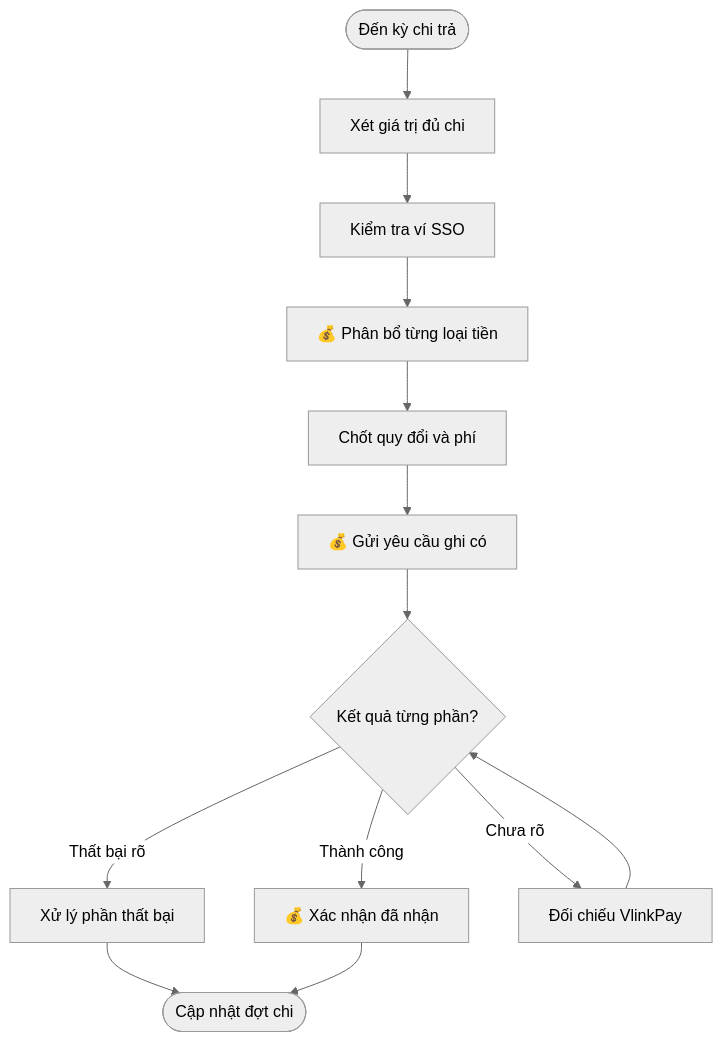
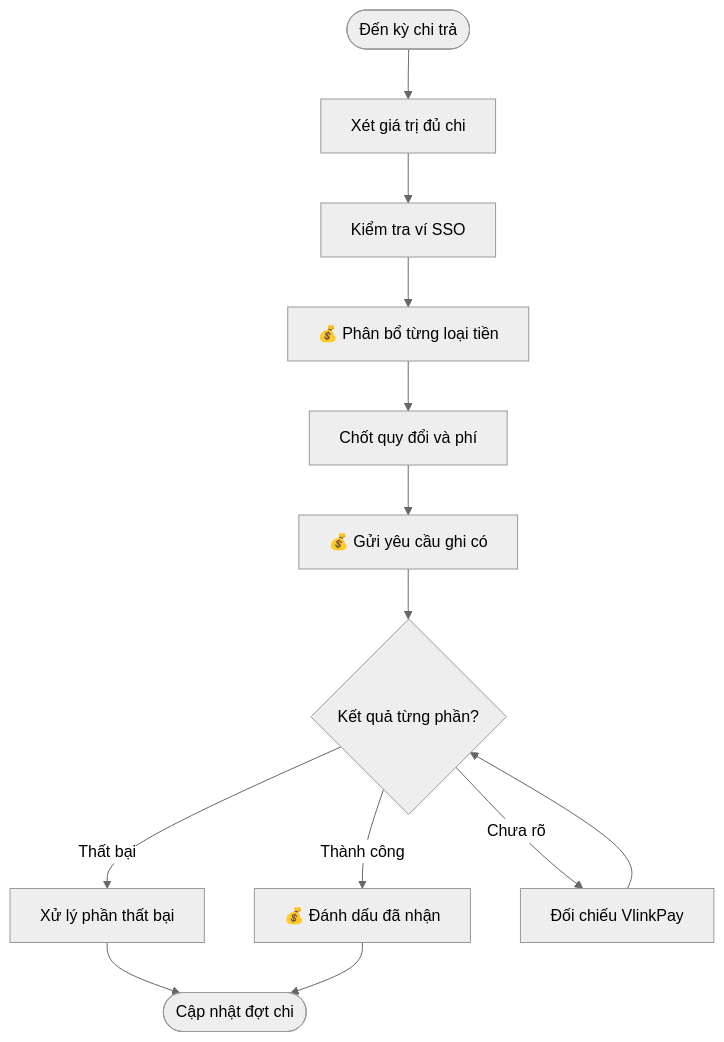
Before and after one commit to vlink-group/VlinkPay: the sixth of 10 diagrams in nexora/docs/business/oneqr-sponsor-override.md, drawn with Mermaid (neutral theme). The commit also changed other lines of this file, not shown here.

````diff
--- a/nexora/docs/business/oneqr-sponsor-override.md
+++ b/nexora/docs/business/oneqr-sponsor-override.md
@@ -270,15 +296,15 @@
 ```mermaid
 flowchart TD
     A([Đến kỳ chi trả]) --> B[Xét giá trị đủ chi]
     B --> C[Kiểm tra ví SSO]
     C --> D[💰 Phân bổ từng loại tiền]
     D --> E[Chốt quy đổi và phí]
     E --> F[💰 Gửi yêu cầu ghi có]
     F --> G{Kết quả từng phần?}
-    G -- Thành công --> H[💰 Xác nhận đã nhận]
-    G -- Thất bại rõ --> I[Xử lý phần thất bại]
+    G -- Thành công --> H[💰 Đánh dấu đã nhận]
+    G -- Thất bại --> I[Xử lý phần thất bại]
     G -- Chưa rõ --> J[Đối chiếu VlinkPay]
     J --> G
     I --> K([Cập nhật đợt chi])
     H --> K
 ```
````
